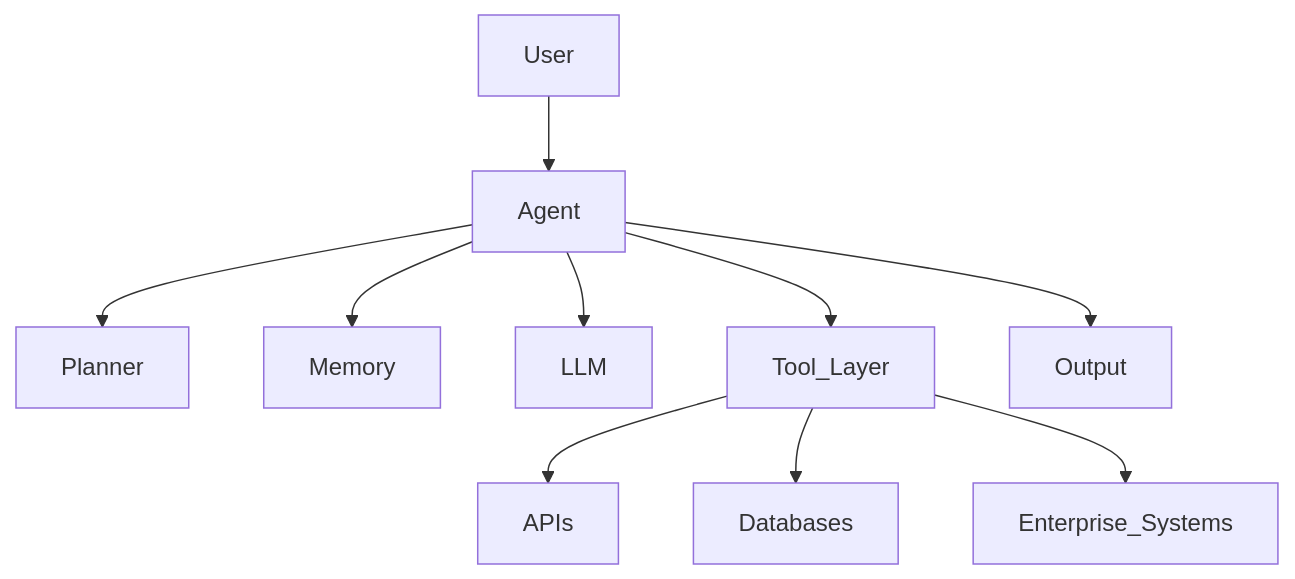
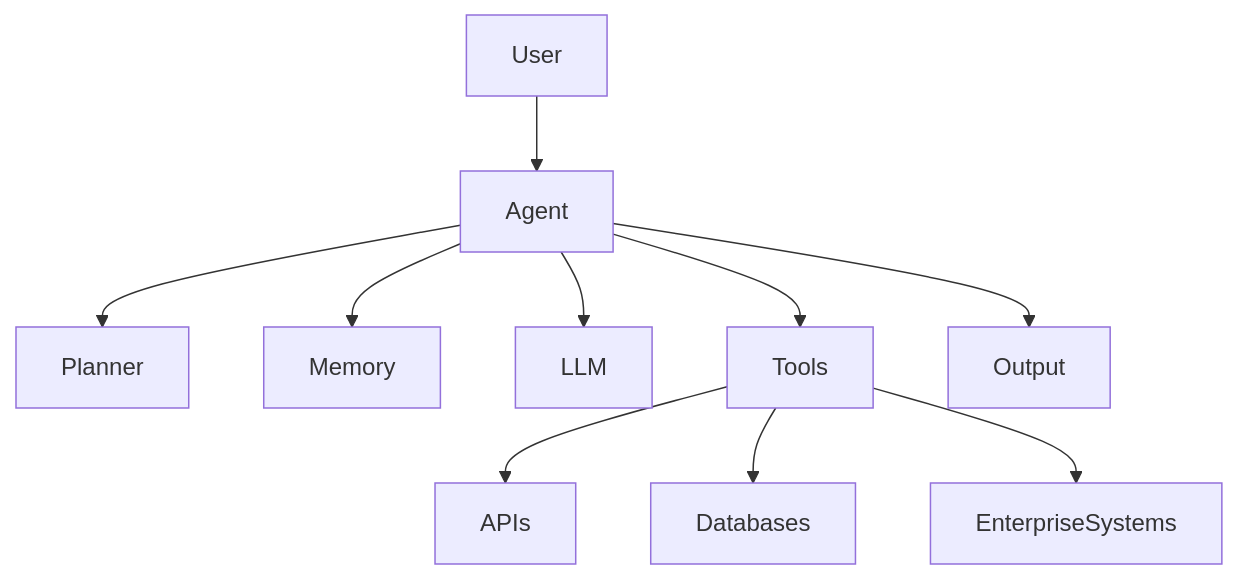
Before and after one commit to ataksale/ai-agents-engineering-handbook-: the second of 10 diagrams in docs/03-agent-architecture-patterns.md, drawn with Mermaid. The commit also changed other lines of this file, not shown here.

First line of the commit message:
Update 03-agent-architecture-patterns.md

````diff
--- a/docs/03-agent-architecture-patterns.md
+++ b/docs/03-agent-architecture-patterns.md
@@ -65,16 +60,16 @@
 ```mermaid
 flowchart TD
 
     User --> Agent
 
     Agent --> Planner
     Agent --> Memory
     Agent --> LLM
-    Agent --> Tool_Layer
+    Agent --> Tools
 
-    Tool_Layer --> APIs
-    Tool_Layer --> Databases
-    Tool_Layer --> Enterprise_Systems
+    Tools --> APIs
+    Tools --> Databases
+    Tools --> EnterpriseSystems
 
     Agent --> Output
 ```
````
